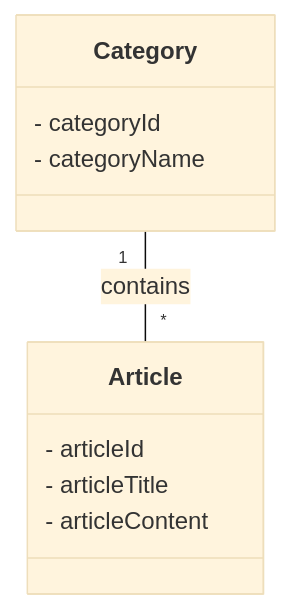
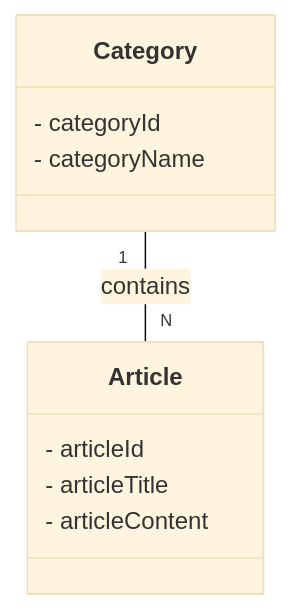
One commit to FellipeMiguel/node-dinopress changed the diagram in README.md. Above: the diagram before and after it, drawn with Mermaid (base theme).

````diff
--- a/README.md
+++ b/README.md
@@ -8,15 +8,15 @@
 ```mermaid
 classDiagram
     class Category {
         - categoryId
         - categoryName
     }
     
     class Article {
         - articleId
         - articleTitle
         - articleContent
     }
     
-    Category "1" -- "*" Article : contains
+    Category "1" -- "N" Article : contains
 ```
````
